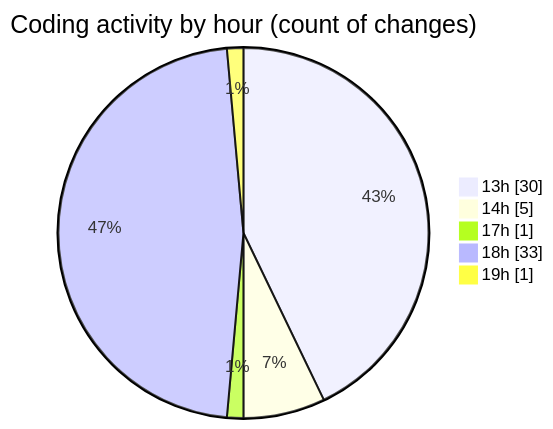
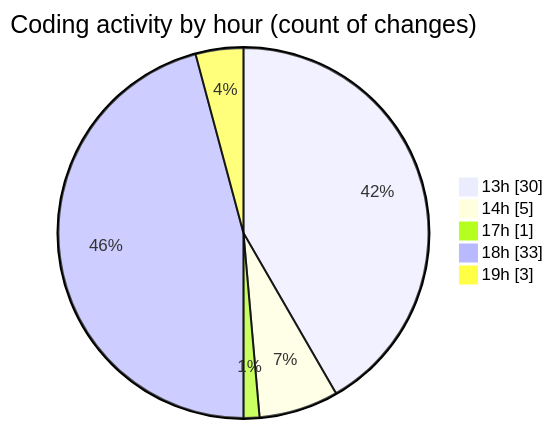
One commit to robertbonfada/code-tracking changed the second of 2 diagrams in 2025-01-14/mbc-web/README.md. Above: the diagram before and after it, drawn with Mermaid. The commit also changed other lines of this file and 1 other file, not shown here.

````diff
--- a/2025-01-14/mbc-web/README.md
+++ b/2025-01-14/mbc-web/README.md
@@ -55,9 +55,9 @@
 ```mermaid
 pie showData
 title Coding activity by hour (count of changes)
 "13h" : 30
 "14h" : 5
 "17h" : 1
 "18h" : 33
-"19h" : 1
+"19h" : 3
 ```
````
